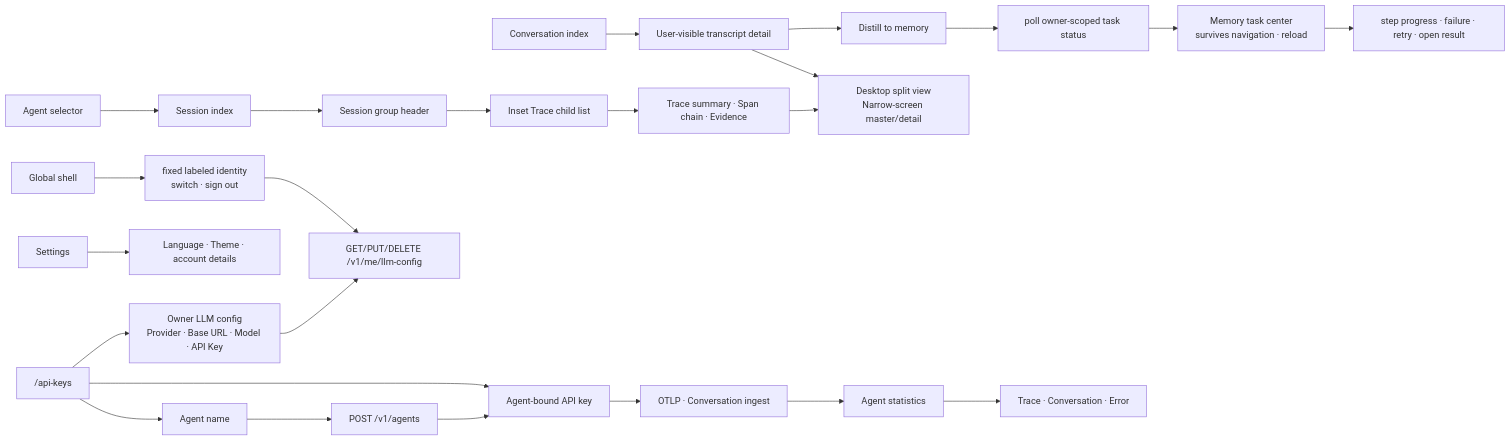
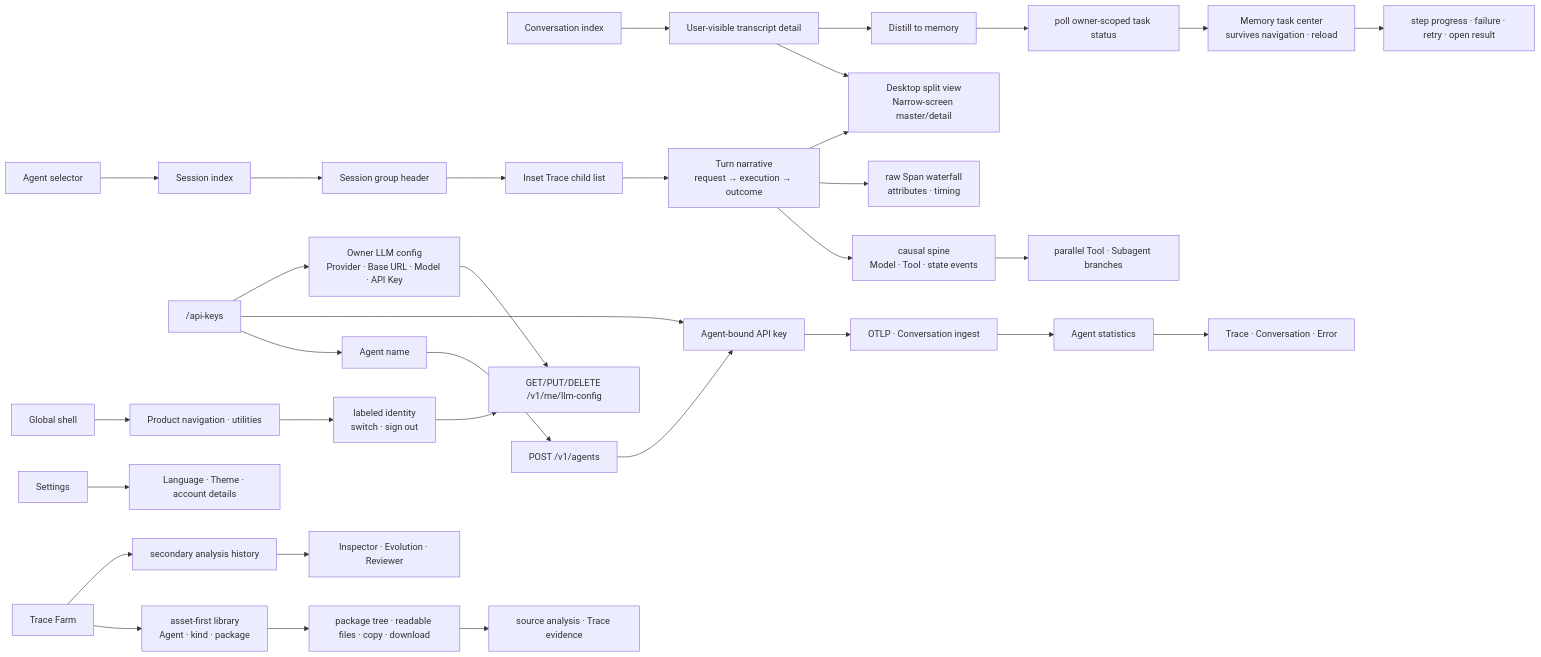
One commit to fightheyyy/CATENA changed the second of 2 diagrams in catena-web/SPEC.md. Above: the diagram before and after it, drawn with Mermaid. The commit also changed other lines of this file and 113 other files, not shown here.

Commit message:
Complete Catena evidence and evolution release

````diff
--- a/catena-web/SPEC.md
+++ b/catena-web/SPEC.md
@@ -30,26 +37,35 @@
 ```mermaid
 flowchart LR
     Conversation["Conversation index"] --> ConversationDetail["User-visible transcript detail"]
     AgentTrace["Agent selector"] --> Session["Session index"]
     Session --> SessionGroup["Session group header"]
     SessionGroup --> Trace["Inset Trace child list"]
-    Trace --> TraceDetail["Trace summary · Span chain · Evidence"]
+    Trace --> TraceDetail["Turn narrative<br/>request → execution → outcome"]
+    TraceDetail --> CausalSpine["causal spine<br/>Model · Tool · state events"]
+    CausalSpine --> Branches["parallel Tool · Subagent branches"]
+    TraceDetail --> Diagnostics["raw Span waterfall<br/>attributes · timing"]
     ConversationDetail --> Responsive["Desktop split view<br/>Narrow-screen master/detail"]
     ConversationDetail --> Submit["Distill to memory"]
     Submit --> Poll["poll owner-scoped task status"]
     Poll --> TaskCenter["Memory task center<br/>survives navigation · reload"]
     TaskCenter --> Progress["step progress · failure · retry · open result"]
     TraceDetail --> Responsive
     Stats["Agent statistics"] --> Evidence["Trace · Conversation · Error"]
     Keys["/api-keys"] --> Name["Agent name"]
     Name --> API["POST /v1/agents"]
     API --> Credential["Agent-bound API key"]
     Keys --> Credential
     Keys --> ModelConfig["Owner LLM config<br/>Provider · Base URL · Model · API Key"]
     ModelConfig --> Go["GET/PUT/DELETE /v1/me/llm-config"]
     Credential --> Ingest["OTLP · Conversation ingest"]
     Ingest --> Stats
     Settings["Settings"] --> Preferences["Language · Theme · account details"]
-    Shell["Global shell"] --> AccountMenu["fixed labeled identity<br/>switch · sign out"]
+    Shell["Global shell"] --> Sidebar["Product navigation · utilities"]
+    Sidebar --> AccountMenu["labeled identity<br/>switch · sign out"]
     AccountMenu --> Go
+    Farm["Trace Farm"] --> AssetLibrary["asset-first library<br/>Agent · kind · package"]
+    AssetLibrary --> AssetDocument["package tree · readable files · copy · download"]
+    AssetDocument --> Provenance["source analysis · Trace evidence"]
+    Farm --> AnalysisHistory["secondary analysis history"]
+    AnalysisHistory --> JobProgress["Inspector · Evolution · Reviewer"]
 ```
````
